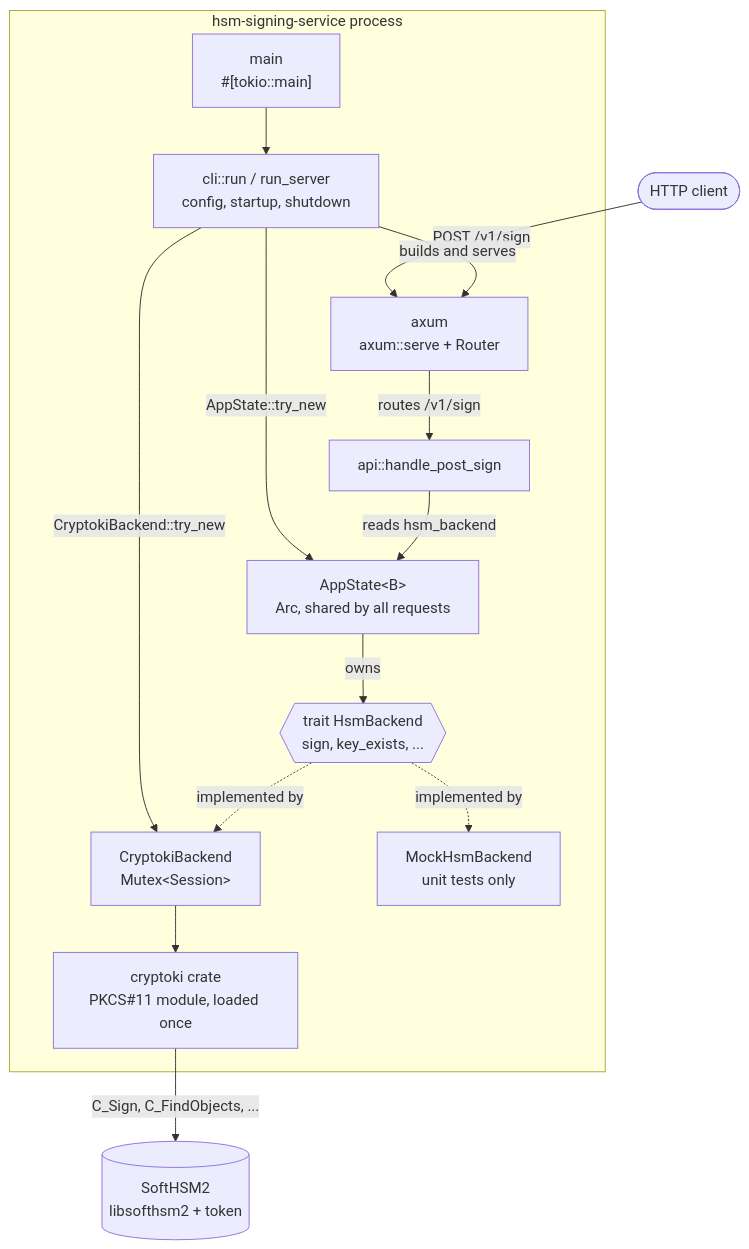
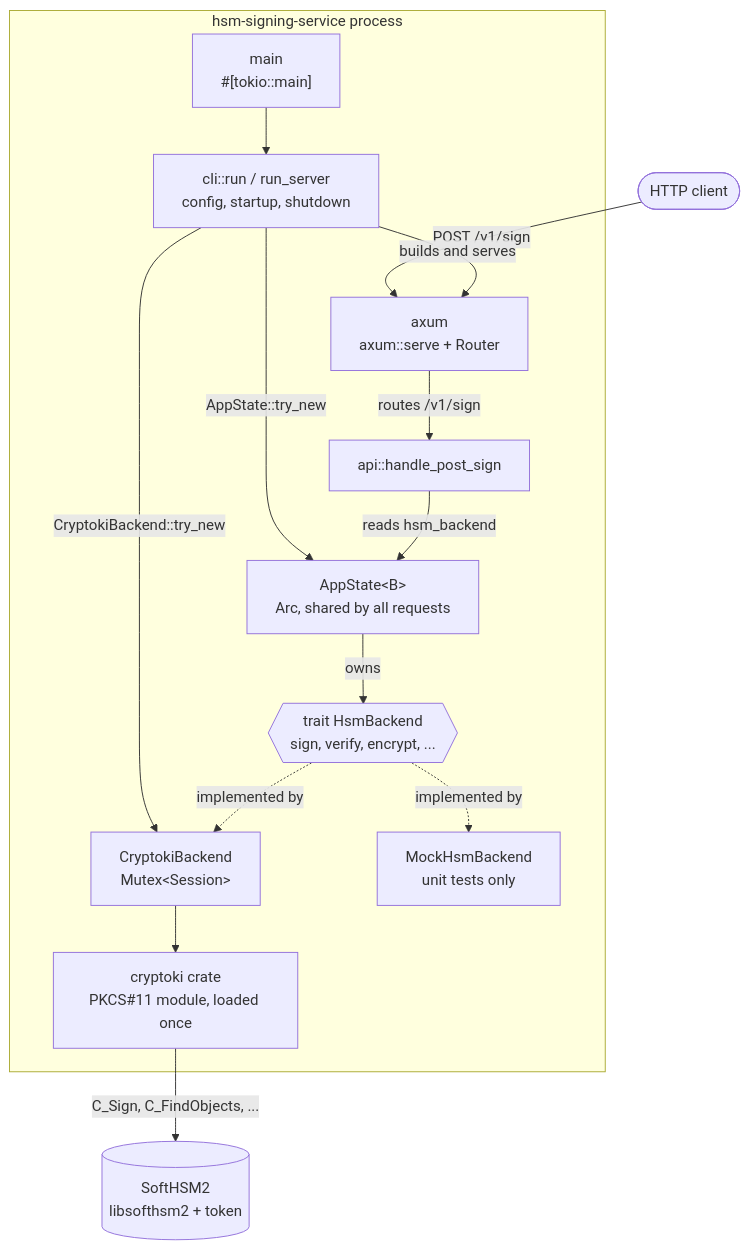
The first of 2 diagrams in docs/call_flow.md (aisrael/hsm-signing-service), drawn with Mermaid before and after one commit. The commit also changed other lines of this file and 2 other files, not shown here.

Commit message:
Remove unnecessary `key_exists?` check

````diff
--- a/docs/call_flow.md
+++ b/docs/call_flow.md
@@ -9,31 +9,31 @@
 ```mermaid
 flowchart TB
     client([HTTP client])
 
     subgraph process["hsm-signing-service process"]
         main["main<br/>#[tokio::main]"]
         cli["cli::run / run_server<br/>config, startup, shutdown"]
         axum["axum<br/>axum::serve + Router"]
         handler["api::handle_post_sign"]
         state["AppState&lt;B&gt;<br/>Arc, shared by all requests"]
-        trait{{"trait HsmBackend<br/>sign, key_exists, ..."}}
+        trait{{"trait HsmBackend<br/>sign, verify, encrypt, ..."}}
         cryptoki["CryptokiBackend<br/>Mutex&lt;Session&gt;"]
         mock["MockHsmBackend<br/>unit tests only"]
         module["cryptoki crate<br/>PKCS#11 module, loaded once"]
     end
 
     softhsm[("SoftHSM2<br/>libsofthsm2 + token")]
 
     client -->|"POST /v1/sign"| axum
     main --> cli
     cli -->|"builds and serves"| axum
     cli -->|"CryptokiBackend::try_new"| cryptoki
     cli -->|"AppState::try_new"| state
     axum -->|"routes /v1/sign"| handler
     handler -->|"reads hsm_backend"| state
     state -->|"owns"| trait
     trait -.->|"implemented by"| cryptoki
     trait -.->|"implemented by"| mock
     cryptoki --> module
     module -->|"C_Sign, C_FindObjects, ..."| softhsm
 ```
````
